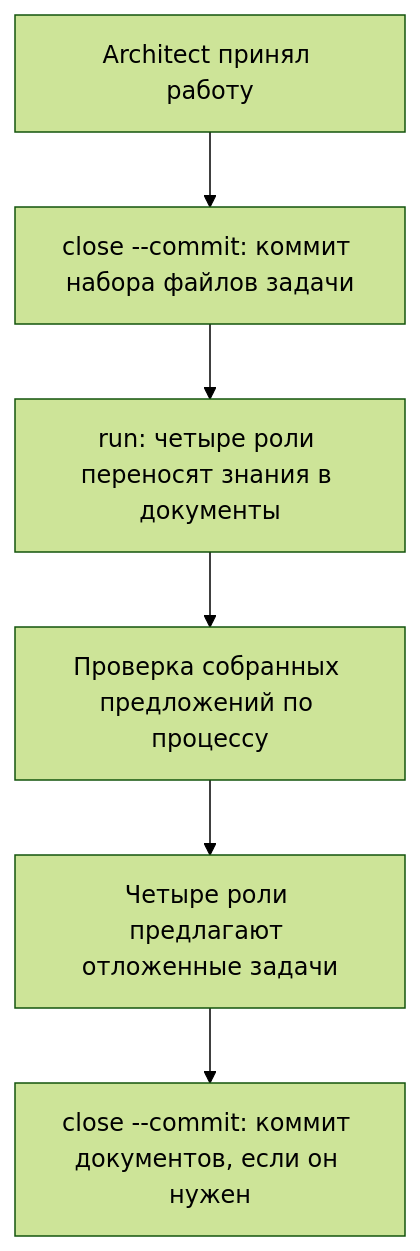
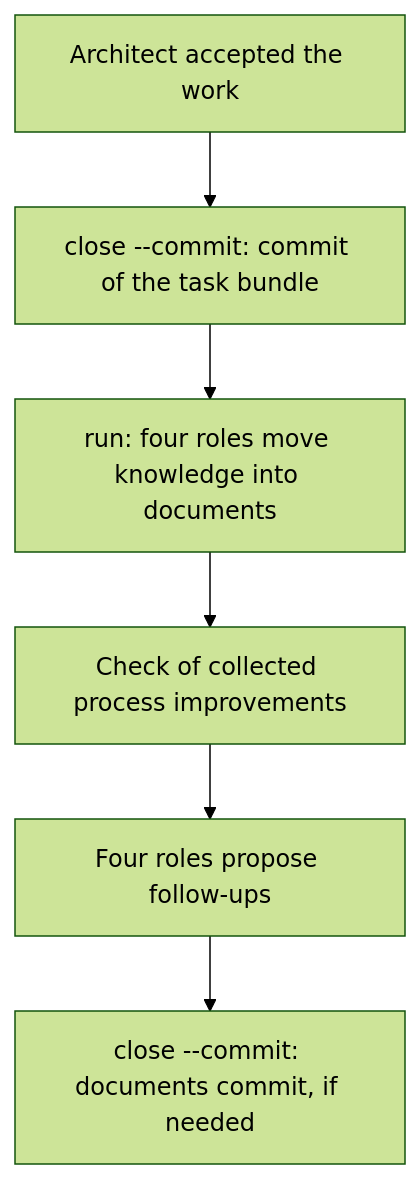
The diagram in docs/guides/learn/assets/closeout-1.mmd (planveyor/planveyor), drawn with Mermaid (forest theme) before and after one commit. The commit also changed 124 other files, not shown here.

```diff
--- a/docs/guides/learn/assets/closeout-1.mmd
+++ b/docs/guides/learn/assets/closeout-1.mmd
@@ -1,6 +1,6 @@
 flowchart TB
-A["Architect принял работу"] --> B["close --commit: коммит набора файлов задачи"]
-B --> C["run: четыре роли переносят знания в документы"]
-C --> D["Проверка собранных предложений по процессу"]
-D --> E["Четыре роли предлагают отложенные задачи"]
-E --> F["close --commit: коммит документов, если он нужен"]
+A["Architect accepted the work"] --> B["close --commit: commit of the task bundle"]
+B --> C["run: four roles move knowledge into documents"]
+C --> D["Check of collected process improvements"]
+D --> E["Four roles propose follow-ups"]
+E --> F["close --commit: documents commit, if needed"]
```
